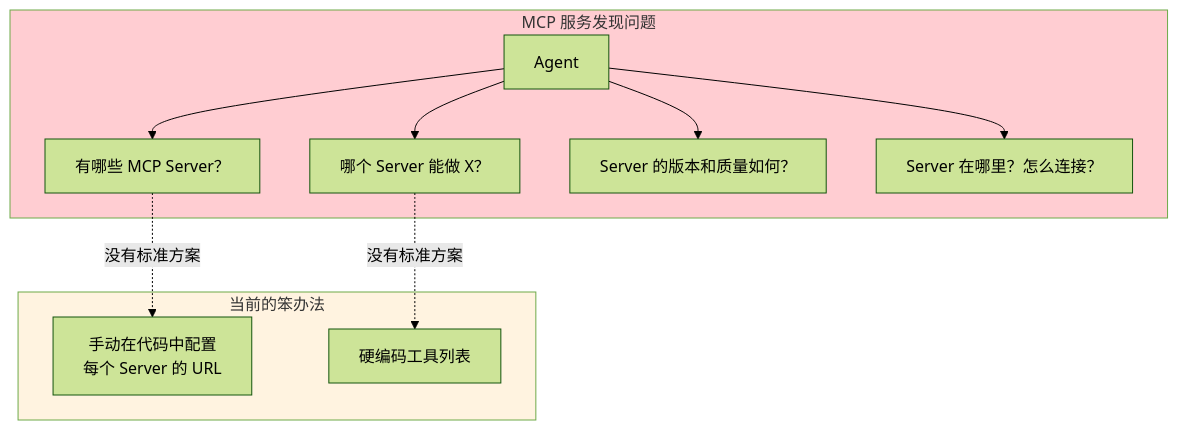
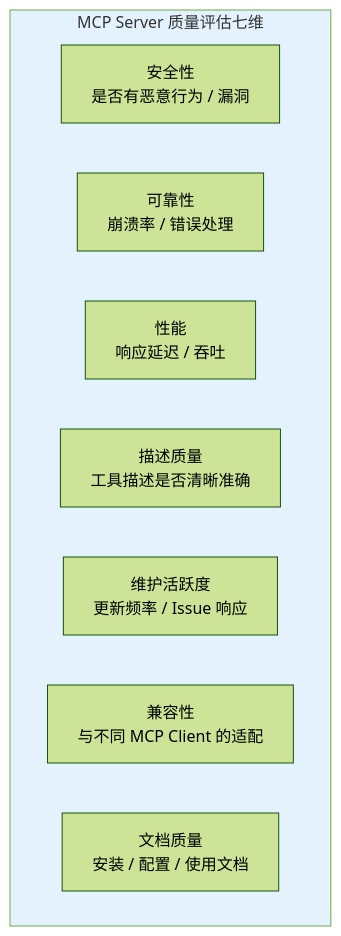
Before and after one commit to UranusGit/java-agent-learn: the eighth of 21 diagrams in docs/前沿/04-MCP生态全景.md, drawn with Mermaid (forest theme). The commit also changed other lines of this file and 4 other files, not shown here.

````diff
--- a/docs/前沿/04-MCP生态全景.md
+++ b/docs/前沿/04-MCP生态全景.md
@@ -130,26 +283,14 @@
 ```mermaid
 graph TB
-    subgraph 发现问题["MCP 服务发现问题"]
-        AGENT["Agent"]
-        Q1["有哪些 MCP Server？"]
-        Q2["哪个 Server 能做 X？"]
-        Q3["Server 的版本和质量如何？"]
-        Q4["Server 在哪里？怎么连接？"]
-
-        AGENT --> Q1
-        AGENT --> Q2
-        AGENT --> Q3
-        AGENT --> Q4
+    subgraph 质量评估["MCP Server 质量评估七维"]
+        Q1["安全性<br/>是否有恶意行为 / 漏洞"]
+        Q2["可靠性<br/>崩溃率 / 错误处理"]
+        Q3["性能<br/>响应延迟 / 吞吐"]
+        Q4["描述质量<br/>工具描述是否清晰准确"]
+        Q5["维护活跃度<br/>更新频率 / Issue 响应"]
+        Q6["兼容性<br/>与不同 MCP Client 的适配"]
+        Q7["文档质量<br/>安装 / 配置 / 使用文档"]
     end
 
-    subgraph 当前状态["当前的笨办法"]
-        MANUAL["手动在代码中配置<br/>每个 Server 的 URL"]
-        HARDCODE["硬编码工具列表"]
-    end
-
-    Q1 -.->|"没有标准方案"| MANUAL
-    Q2 -.->|"没有标准方案"| HARDCODE
-
-    style 发现问题 fill:#ffcdd2
-    style 当前状态 fill:#fff3e0
+    style 质量评估 fill:#e3f2fd
 ```
````
